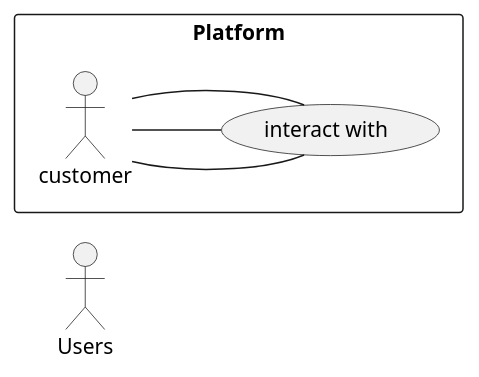
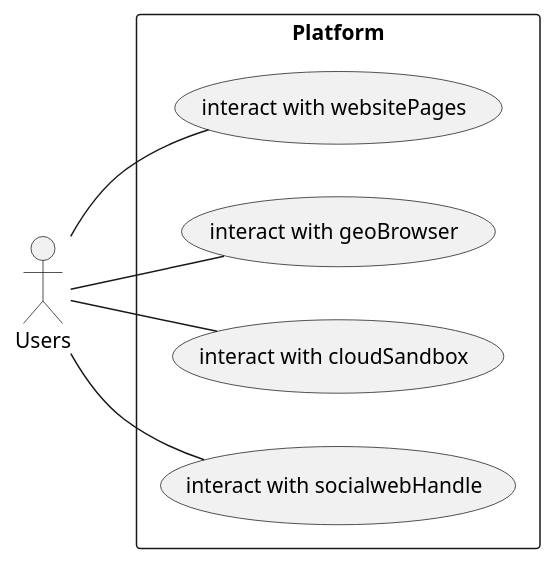
Before and after one commit to Terradue/doc-tep-geohazards-arch: the first of 2 diagrams in source/enterprise/interactions.rst, drawn with PlantUML.

```diff
--- a/source/enterprise/interactions.rst
+++ b/source/enterprise/interactions.rst
@@ -9,10 +9,11 @@
 .. uml::
 
   left to right direction
   skinparam packageStyle rect
   actor Users
   rectangle Platform {
-    customer -- (interact with)
-    customer -- (interact with)
-    customer -- (interact with)
+    Users -- (interact with websitePages)
+    Users -- (interact with geoBrowser)
+    Users -- (interact with cloudSandbox)
+    Users -- (interact with socialwebHandle)
   }
```
